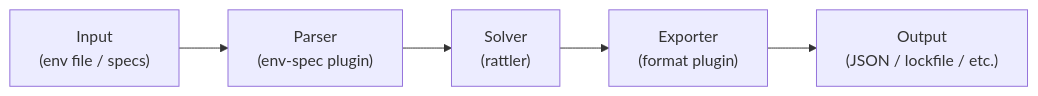
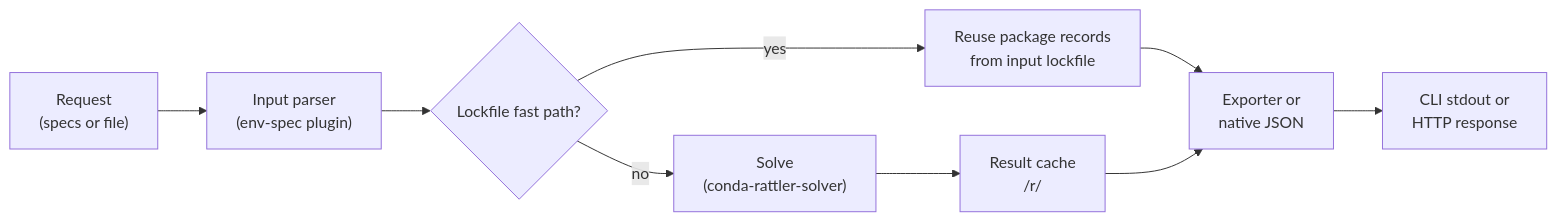
One commit to jezdez/conda-presto changed the diagram in docs/explanation/architecture.md. Above: the diagram before and after it, drawn with Mermaid. The commit also changed other lines of this file and 18 other files, not shown here.

````diff
--- a/docs/explanation/architecture.md
+++ b/docs/explanation/architecture.md
@@ -11,7 +10,11 @@
 ```{mermaid}
 flowchart LR
-    A["Input\n(env file / specs)"] --> B["Parser\n(env-spec plugin)"]
-    B --> C["Solver\n(rattler)"]
-    C --> D["Exporter\n(format plugin)"]
-    D --> E["Output\n(JSON / lockfile / etc.)"]
+    A["Request\n(specs or file)"] --> B["Input parser\n(env-spec plugin)"]
+    B --> C{"Lockfile fast path?"}
+    C -->|"yes"| D["Reuse package records\nfrom input lockfile"]
+    C -->|"no"| E["Solve\n(conda-rattler-solver)"]
+    E --> F["Result cache\n/r/<hash>"]
+    D --> G["Exporter or\nnative JSON"]
+    F --> G
+    G --> H["CLI stdout or\nHTTP response"]
 ```
````
